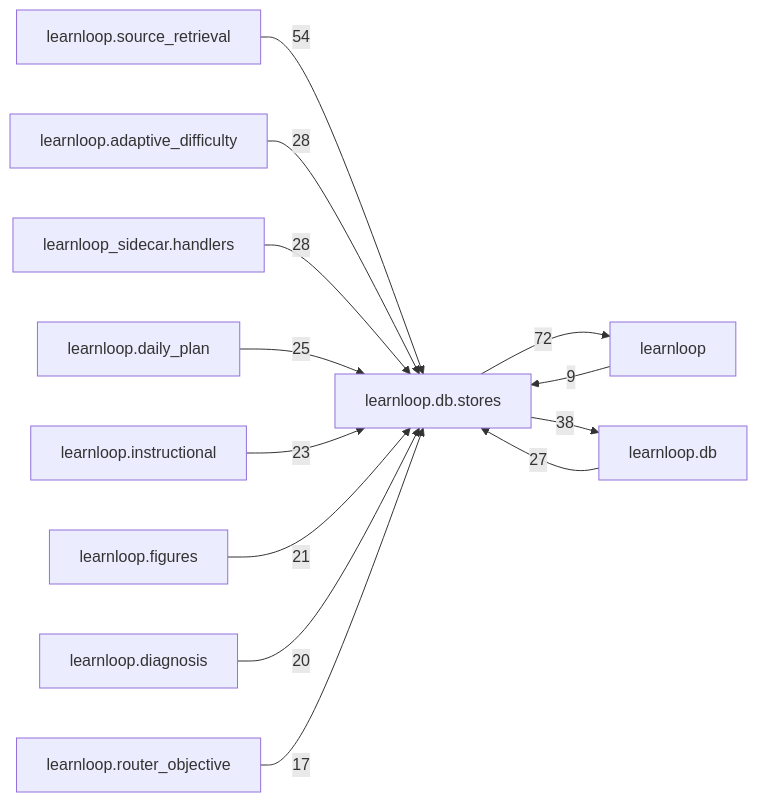
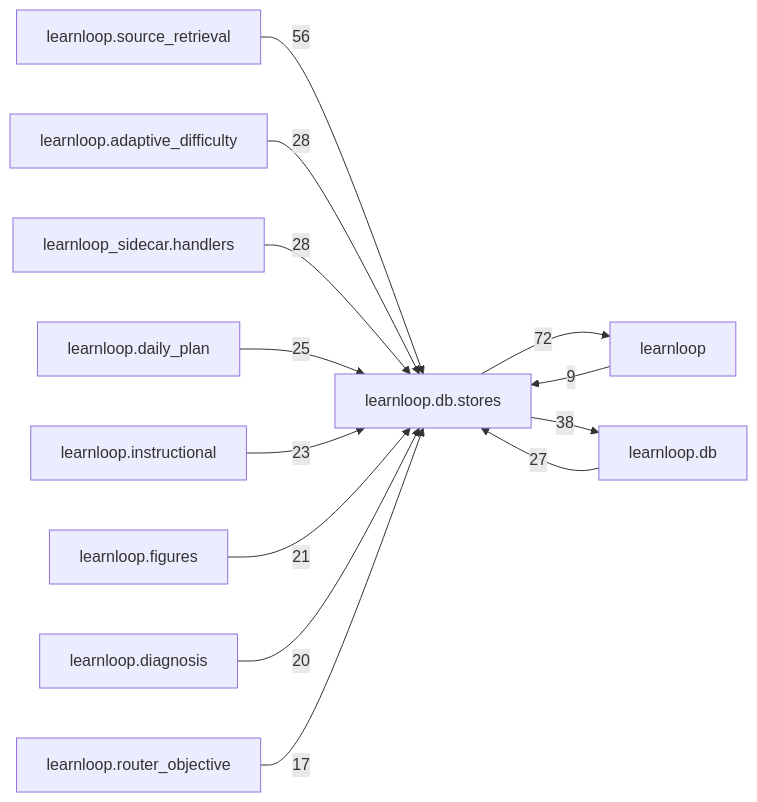
One commit to 6up-b/learnanything changed the diagram in docs/learnloop-architecture-vault/Reference/Modules/learnloop/db/stores/_package.md. Above: the diagram before and after it, drawn with Mermaid. The commit also changed other lines of this file and 56 other files, not shown here.

````diff
--- a/docs/learnloop-architecture-vault/Reference/Modules/learnloop/db/stores/_package.md
+++ b/docs/learnloop-architecture-vault/Reference/Modules/learnloop/db/stores/_package.md
@@ -274,26 +274,26 @@
 ```mermaid
 flowchart LR
     center["learnloop.db.stores"]
     n_learnloop["learnloop"]
     n_learnloop_db["learnloop.db"]
     n_learnloop_source_retrieval["learnloop.source_retrieval"]
     n_learnloop_adaptive_difficulty["learnloop.adaptive_difficulty"]
     n_learnloop_sidecar_handlers["learnloop_sidecar.handlers"]
     n_learnloop_daily_plan["learnloop.daily_plan"]
     n_learnloop_instructional["learnloop.instructional"]
     n_learnloop_figures["learnloop.figures"]
     n_learnloop_diagnosis["learnloop.diagnosis"]
     n_learnloop_router_objective["learnloop.router_objective"]
     n_learnloop -->|9| center
     center -->|72| n_learnloop
     n_learnloop_db -->|27| center
     center -->|38| n_learnloop_db
-    n_learnloop_source_retrieval -->|54| center
+    n_learnloop_source_retrieval -->|56| center
     n_learnloop_adaptive_difficulty -->|28| center
     n_learnloop_sidecar_handlers -->|28| center
     n_learnloop_daily_plan -->|25| center
     n_learnloop_instructional -->|23| center
     n_learnloop_figures -->|21| center
     n_learnloop_diagnosis -->|20| center
     n_learnloop_router_objective -->|17| center
 ```
````
